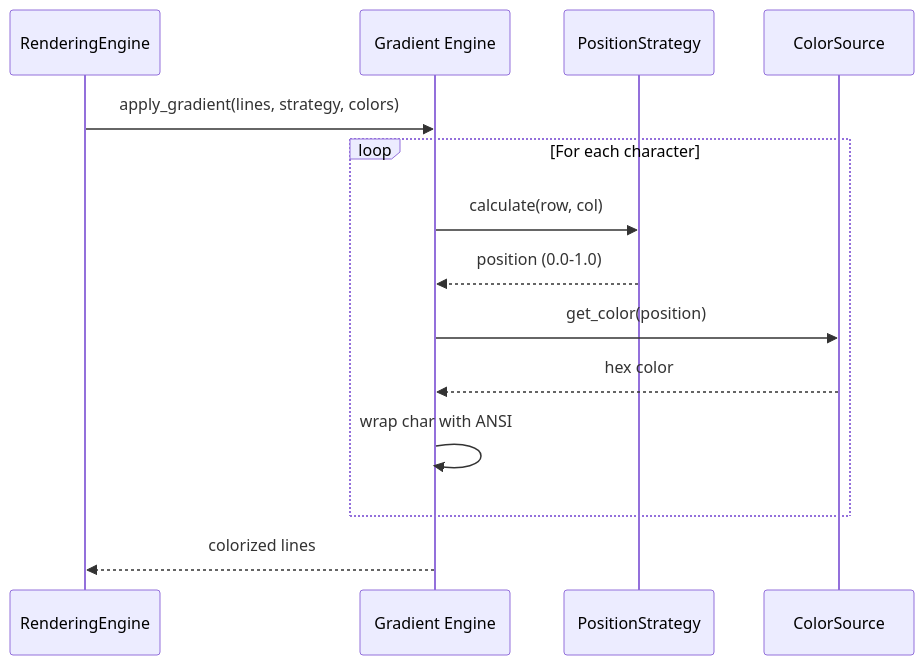
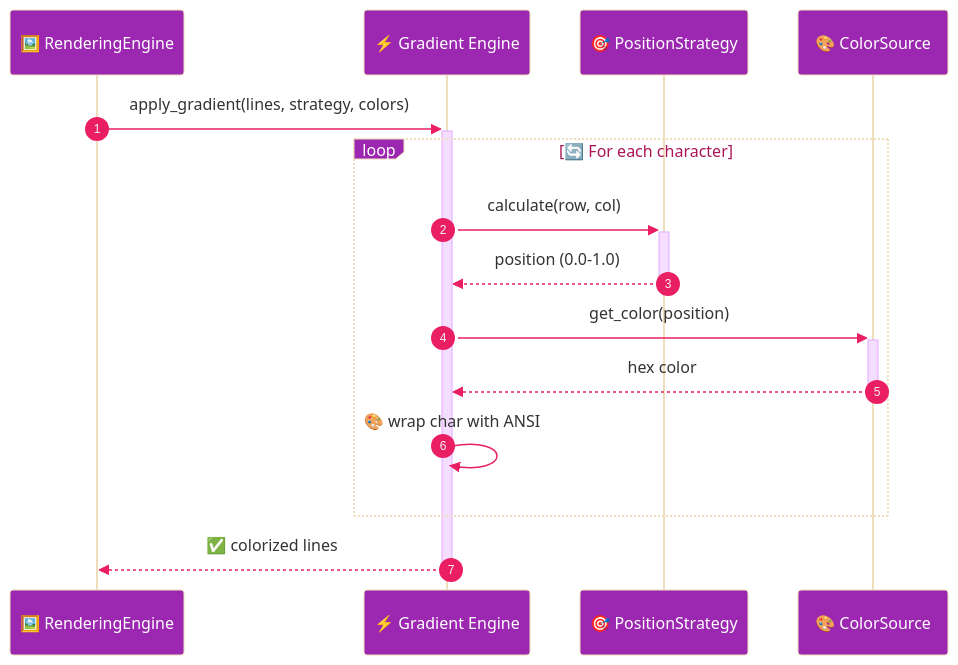
Before and after one commit to ksokolowski/StyledConsole: the third of 11 diagrams in docs/DEVELOPER_GUIDE.md, drawn with Mermaid. The commit also changed other lines of this file, not shown here.

Commit message:
docs: enhance Mermaid diagrams with colors, emojis, and Material Design styling

````diff
--- a/docs/DEVELOPER_GUIDE.md
+++ b/docs/DEVELOPER_GUIDE.md
@@ -106,17 +125,19 @@
 ```mermaid
+%%{init: {'theme': 'base', 'themeVariables': { 'actorBkg': '#9C27B0', 'actorTextColor': '#fff', 'signalColor': '#E91E63', 'loopTextColor': '#AD1457'}}}%%
 sequenceDiagram
-    participant RE as RenderingEngine
-    participant GE as Gradient Engine
-    participant PS as PositionStrategy
-    participant CS as ColorSource
+    autonumber
+    participant RE as 🖼️ RenderingEngine
+    participant GE as ⚡ Gradient Engine
+    participant PS as 🎯 PositionStrategy
+    participant CS as 🎨 ColorSource
 
-    RE->>GE: apply_gradient(lines, strategy, colors)
-    loop For each character
-        GE->>PS: calculate(row, col)
-        PS-->>GE: position (0.0-1.0)
-        GE->>CS: get_color(position)
-        CS-->>GE: hex color
-        GE->>GE: wrap char with ANSI
+    RE->>+GE: apply_gradient(lines, strategy, colors)
+    loop 🔄 For each character
+        GE->>+PS: calculate(row, col)
+        PS-->>-GE: position (0.0-1.0)
+        GE->>+CS: get_color(position)
+        CS-->>-GE: hex color
+        GE->>GE: 🎨 wrap char with ANSI
     end
-    GE-->>RE: colorized lines
+    GE-->>-RE: ✅ colorized lines
 ```
````
